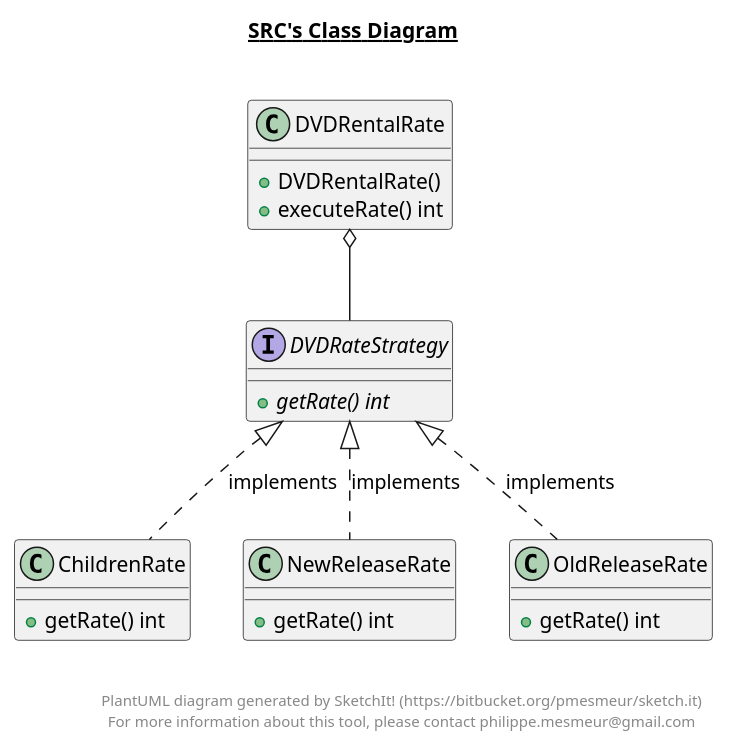
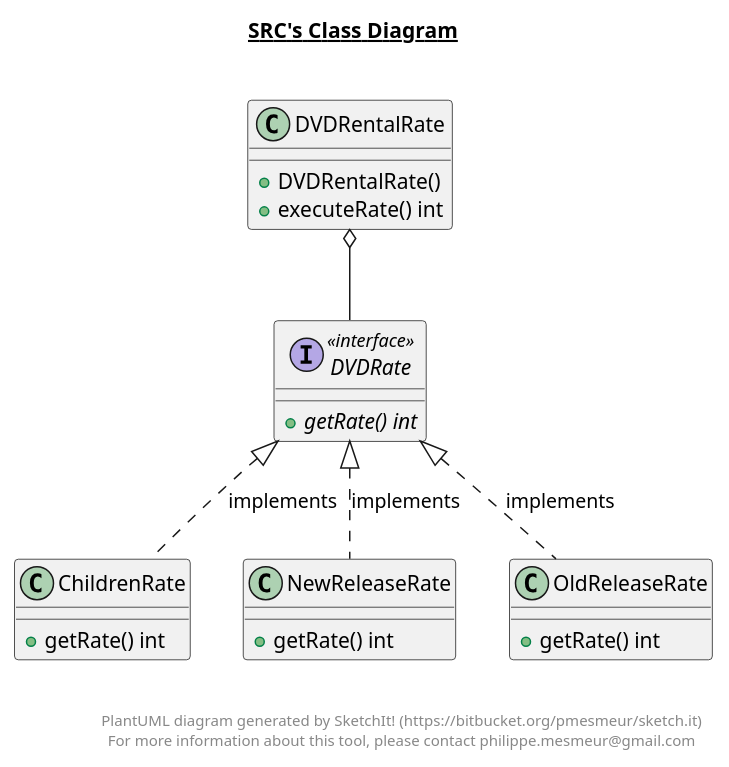
One commit to Kenzki/design-patterns-dvd-rental-system changed the diagram in src/Strategy.plantuml. Above: the diagram before and after it, drawn with PlantUML. The commit also changed 7 other files, not shown here.

```diff
--- a/src/Strategy.plantuml
+++ b/src/Strategy.plantuml
@@ -1,57 +1,57 @@
 @startuml
 
 title __SRC's Class Diagram__\n
 
 
     class ChildrenRate {
         + getRate() int
     }
 
   
 
 
-    interface DVDRateStrategy {
+    interface DVDRate <<interface>> {
         {abstract} + getRate() int
     }
 
   
 
 
   
 
 
     class NewReleaseRate {
         + getRate() int
     }
 
   
 
 
     class OldReleaseRate {
         + getRate() int
     }
 
   
 
 
     class DVDRentalRate {
         + DVDRentalRate()
         + executeRate() int
     }
 
   
 
-  ChildrenRate .up.|> DVDRateStrategy : implements
-  NewReleaseRate .up.|> DVDRateStrategy : implements
-  OldReleaseRate .up.|> DVDRateStrategy : implements
-  DVDRentalRate o-- DVDRateStrategy
+  ChildrenRate .up.|> DVDRate : implements
+  NewReleaseRate .up.|> DVDRate : implements
+  OldReleaseRate .up.|> DVDRate : implements
+  DVDRentalRate o-- DVDRate
 
 
 right footer
 
 
 PlantUML diagram generated by SketchIt! (https://bitbucket.org/pmesmeur/sketch.it)
 For more information about this tool, please contact philippe.mesmeur@gmail.com
 endfooter
 
 @enduml
```
